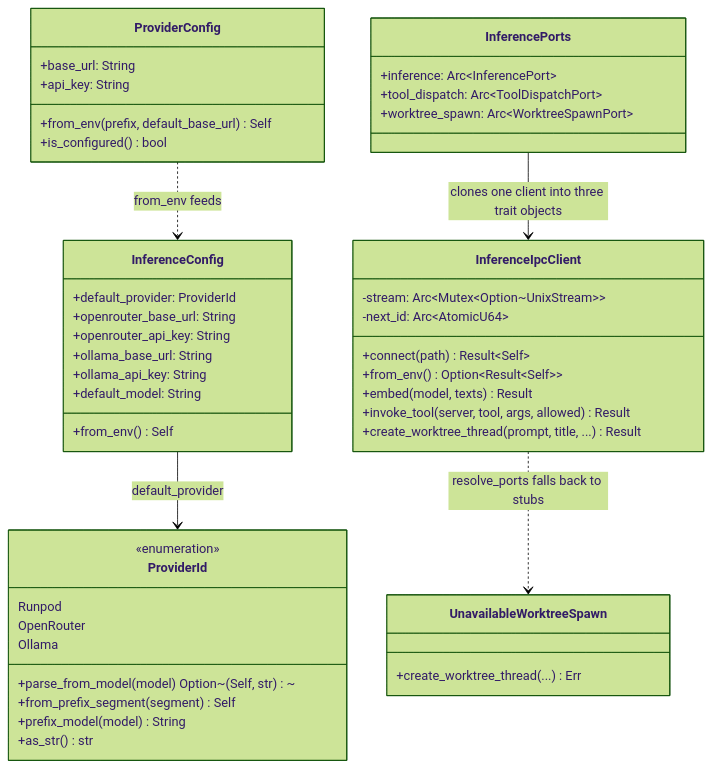
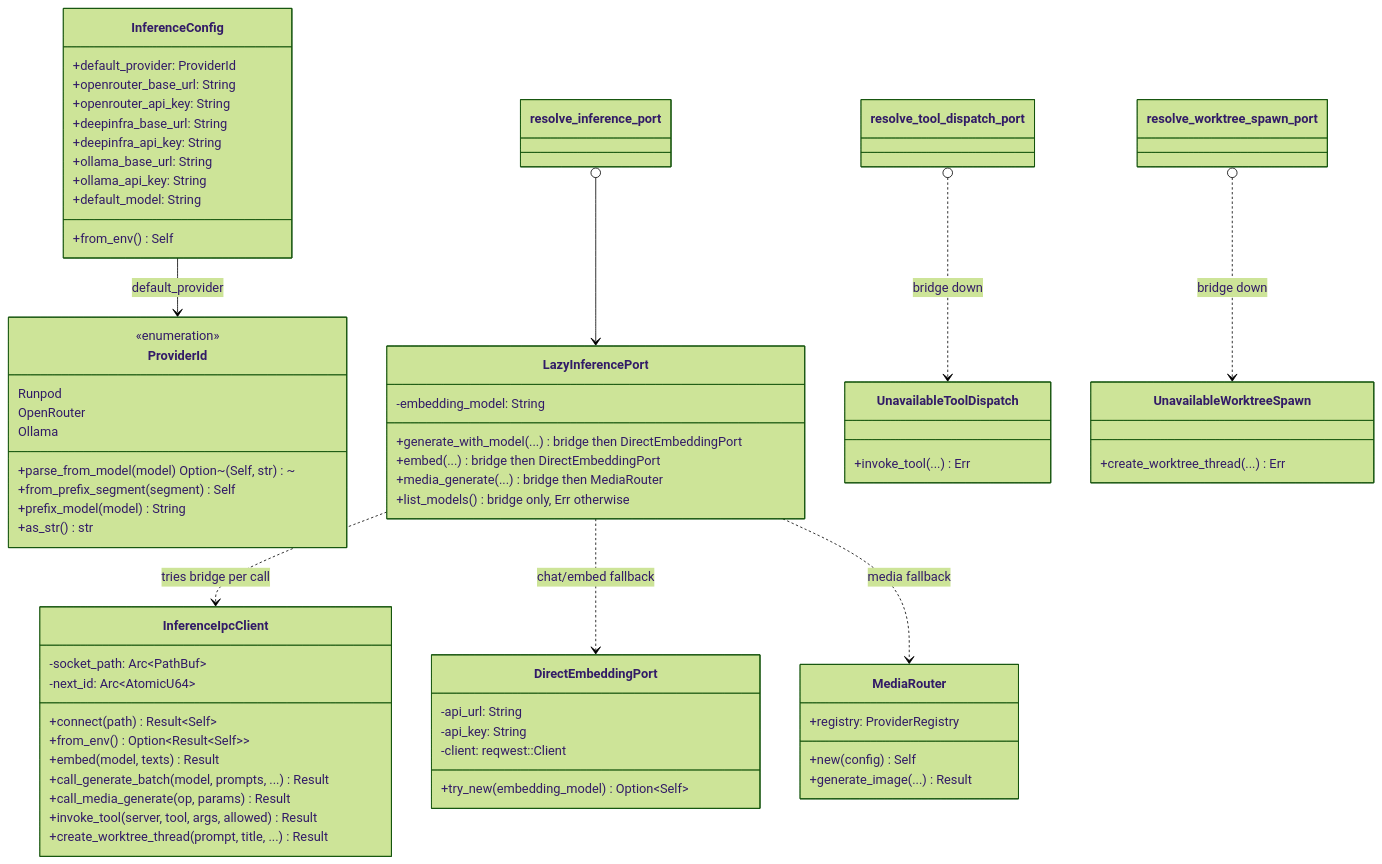
The diagram in kask/docs/diataxis/hkask-inference/reference.md (mdz-axo/zed-kask), drawn with Mermaid (forest theme) before and after one commit. The commit also changed other lines of this file and 41 other files, not shown here.

First line of the commit message:
Sync docs with native-KDF storage and lazy inference fallbacks

````diff
--- a/kask/docs/diataxis/hkask-inference/reference.md
+++ b/kask/docs/diataxis/hkask-inference/reference.md
@@ -118,50 +145,67 @@
 ```mermaid
 classDiagram
     class ProviderId {
         <<enumeration>>
         Runpod
         OpenRouter
         Ollama
         +parse_from_model(model) Option~(Self, str)~
         +from_prefix_segment(segment) Self
         +prefix_model(model) String
         +as_str() str
     }
     class InferenceConfig {
         +default_provider: ProviderId
         +openrouter_base_url: String
         +openrouter_api_key: String
+        +deepinfra_base_url: String
+        +deepinfra_api_key: String
         +ollama_base_url: String
         +ollama_api_key: String
         +default_model: String
         +from_env() Self
     }
-    class ProviderConfig {
-        +base_url: String
-        +api_key: String
-        +from_env(prefix, default_base_url) Self
-        +is_configured() bool
-    }
     class InferenceIpcClient {
-        -stream: Arc~Mutex~Option~UnixStream~~
+        -socket_path: Arc~PathBuf~
         -next_id: Arc~AtomicU64~
         +connect(path) Result~Self~
         +from_env() Option~Result~Self~~
         +embed(model, texts) Result
+        +call_generate_batch(model, prompts, ...) Result
+        +call_media_generate(op, params) Result
         +invoke_tool(server, tool, args, allowed) Result
         +create_worktree_thread(prompt, title, ...) Result
     }
-    class InferencePorts {
-        +inference: Arc~InferencePort~
-        +tool_dispatch: Arc~ToolDispatchPort~
-        +worktree_spawn: Arc~WorktreeSpawnPort~
+    class LazyInferencePort {
+        -embedding_model: String
+        +generate_with_model(...) bridge then DirectEmbeddingPort
+        +embed(...) bridge then DirectEmbeddingPort
+        +media_generate(...) bridge then MediaRouter
+        +list_models() bridge only, Err otherwise
+    }
+    class DirectEmbeddingPort {
+        -api_url: String
+        -api_key: String
+        -client: reqwest::Client
+        +try_new(embedding_model) Option~Self~
+    }
+    class MediaRouter {
+        +registry: ProviderRegistry
+        +new(config) Self
+        +generate_image(...) Result
+    }
+    class UnavailableToolDispatch {
+        +invoke_tool(...) Err
     }
     class UnavailableWorktreeSpawn {
         +create_worktree_thread(...) Err
     }
 
     InferenceConfig --> ProviderId : default_provider
-    ProviderConfig ..> InferenceConfig : from_env feeds
-    InferencePorts --> InferenceIpcClient : clones one client into three trait objects
-    InferenceIpcClient ..> UnavailableWorktreeSpawn : resolve_ports falls back to stubs
+    LazyInferencePort ..> InferenceIpcClient : tries bridge per call
+    LazyInferencePort ..> DirectEmbeddingPort : chat/embed fallback
+    LazyInferencePort ..> MediaRouter : media fallback
+    resolve_inference_port() --> LazyInferencePort
+    resolve_tool_dispatch_port() ..> UnavailableToolDispatch : bridge down
+    resolve_worktree_spawn_port() ..> UnavailableWorktreeSpawn : bridge down
 ```
````
